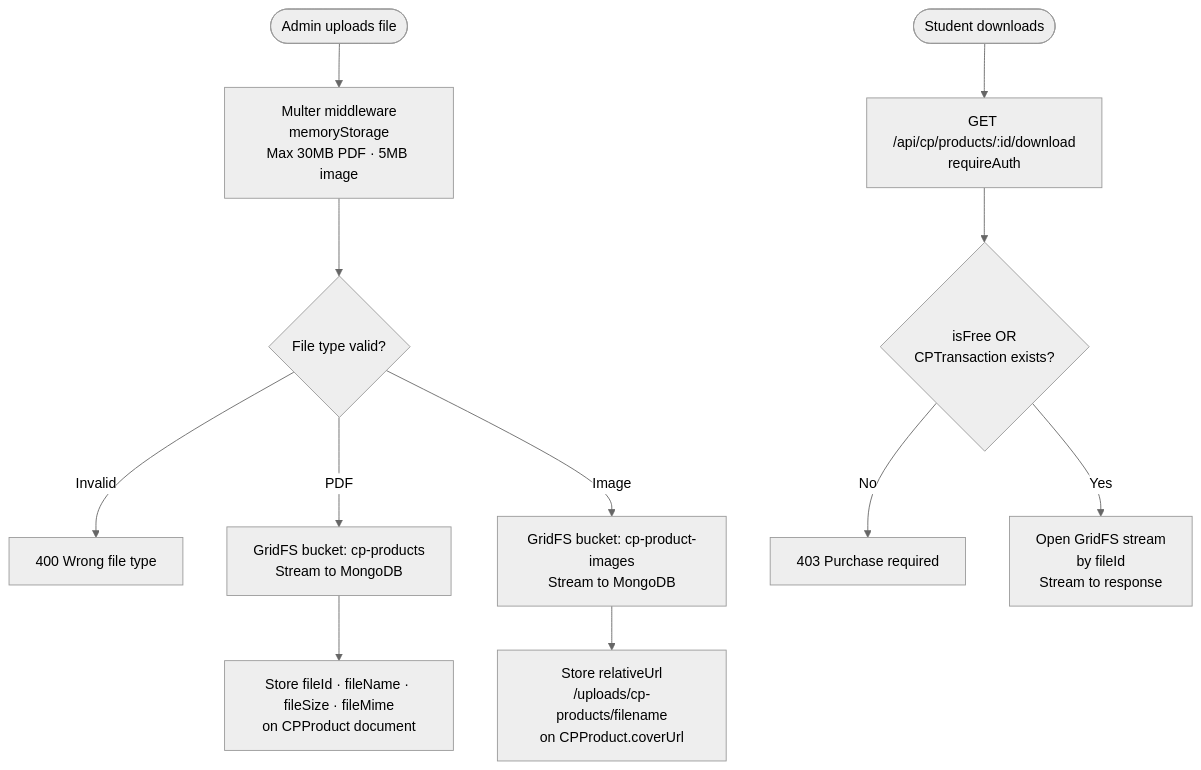
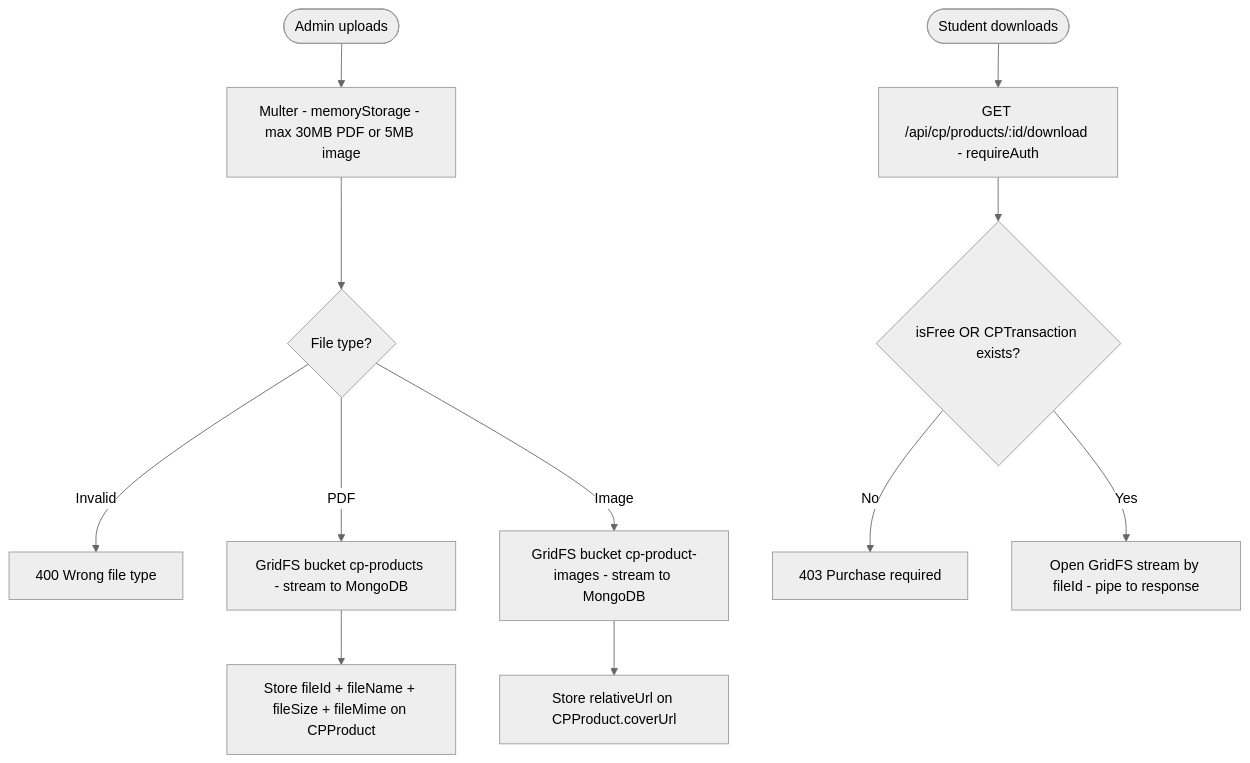
The ninth of 10 diagrams in ARCHITECTURE.md (HSOCIETY-OFFSEC/hsociety-frontend), drawn with Mermaid (neutral theme) before and after one commit. The commit also changed other lines of this file, not shown here.

Commit message:
fix: architecture diagrams — fix all Mermaid lexical errors, remove backslash-n in labels

````diff
--- a/ARCHITECTURE.md
+++ b/ARCHITECTURE.md
@@ -419,15 +429,15 @@
 ```mermaid
 flowchart TD
-    ADMIN_UPLOAD([Admin uploads file]) --> MULTER[Multer middleware\nmemoryStorage\nMax 30MB PDF · 5MB image]
-    MULTER --> VALIDATE{File type valid?}
-    VALIDATE -->|Invalid| UPLOAD_ERR[400 Wrong file type]
-    VALIDATE -->|PDF| GRIDFS_PRODUCTS[GridFS bucket: cp-products\nStream to MongoDB]
-    VALIDATE -->|Image| GRIDFS_IMAGES[GridFS bucket: cp-product-images\nStream to MongoDB]
-    GRIDFS_PRODUCTS --> STORE_META[Store fileId · fileName · fileSize · fileMime\non CPProduct document]
-    GRIDFS_IMAGES --> STORE_URL[Store relativeUrl\n/uploads/cp-products/filename\non CPProduct.coverUrl]
+    UP([Admin uploads]) --> MU[Multer - memoryStorage - max 30MB PDF or 5MB image]
+    MU --> FT{File type?}
+    FT -->|Invalid| FE[400 Wrong file type]
+    FT -->|PDF| GFP[GridFS bucket cp-products - stream to MongoDB]
+    FT -->|Image| GFI[GridFS bucket cp-product-images - stream to MongoDB]
+    GFP --> SM[Store fileId + fileName + fileSize + fileMime on CPProduct]
+    GFI --> SU[Store relativeUrl on CPProduct.coverUrl]
 
-    STUDENT_DOWNLOAD([Student downloads]) --> DL_AUTH[GET /api/cp/products/:id/download\nrequireAuth]
-    DL_AUTH --> DL_CHECK{isFree OR\nCPTransaction exists?}
-    DL_CHECK -->|No| DL_ERR[403 Purchase required]
-    DL_CHECK -->|Yes| DL_STREAM[Open GridFS stream\nby fileId\nStream to response]
+    DL([Student downloads]) --> DA[GET /api/cp/products/:id/download - requireAuth]
+    DA --> DC{isFree OR CPTransaction exists?}
+    DC -->|No| DE[403 Purchase required]
+    DC -->|Yes| DS[Open GridFS stream by fileId - pipe to response]
 ```
````
